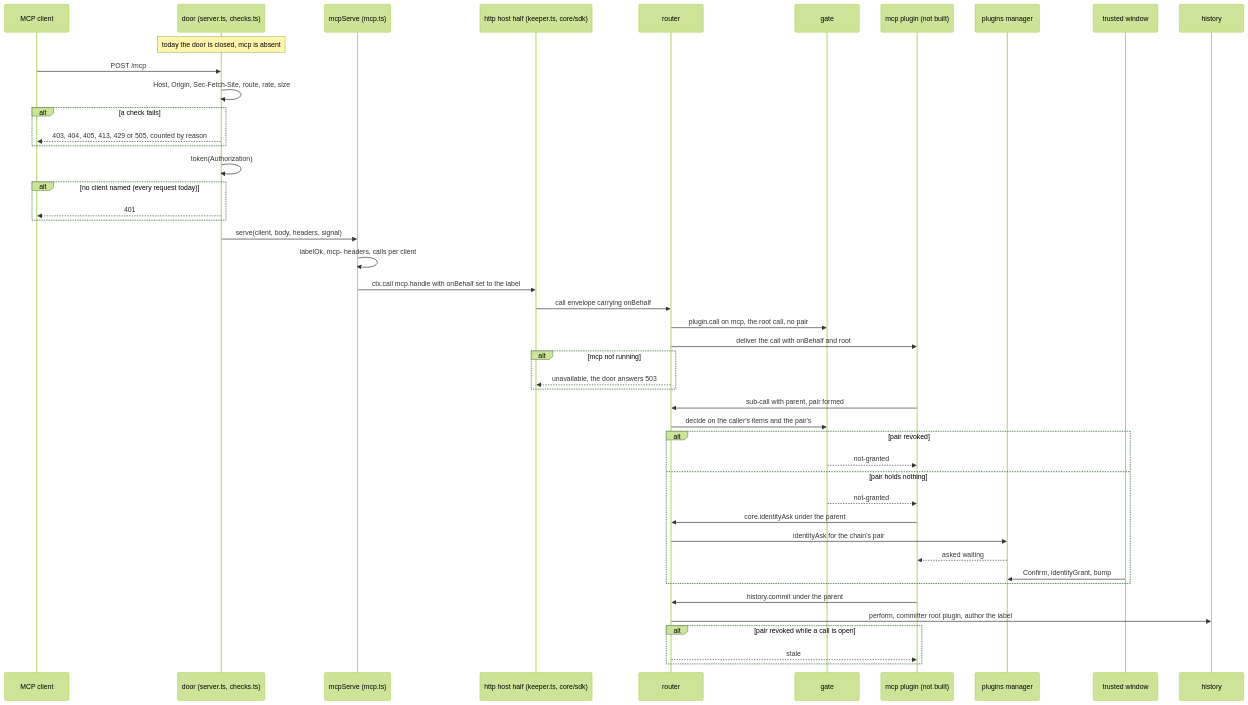
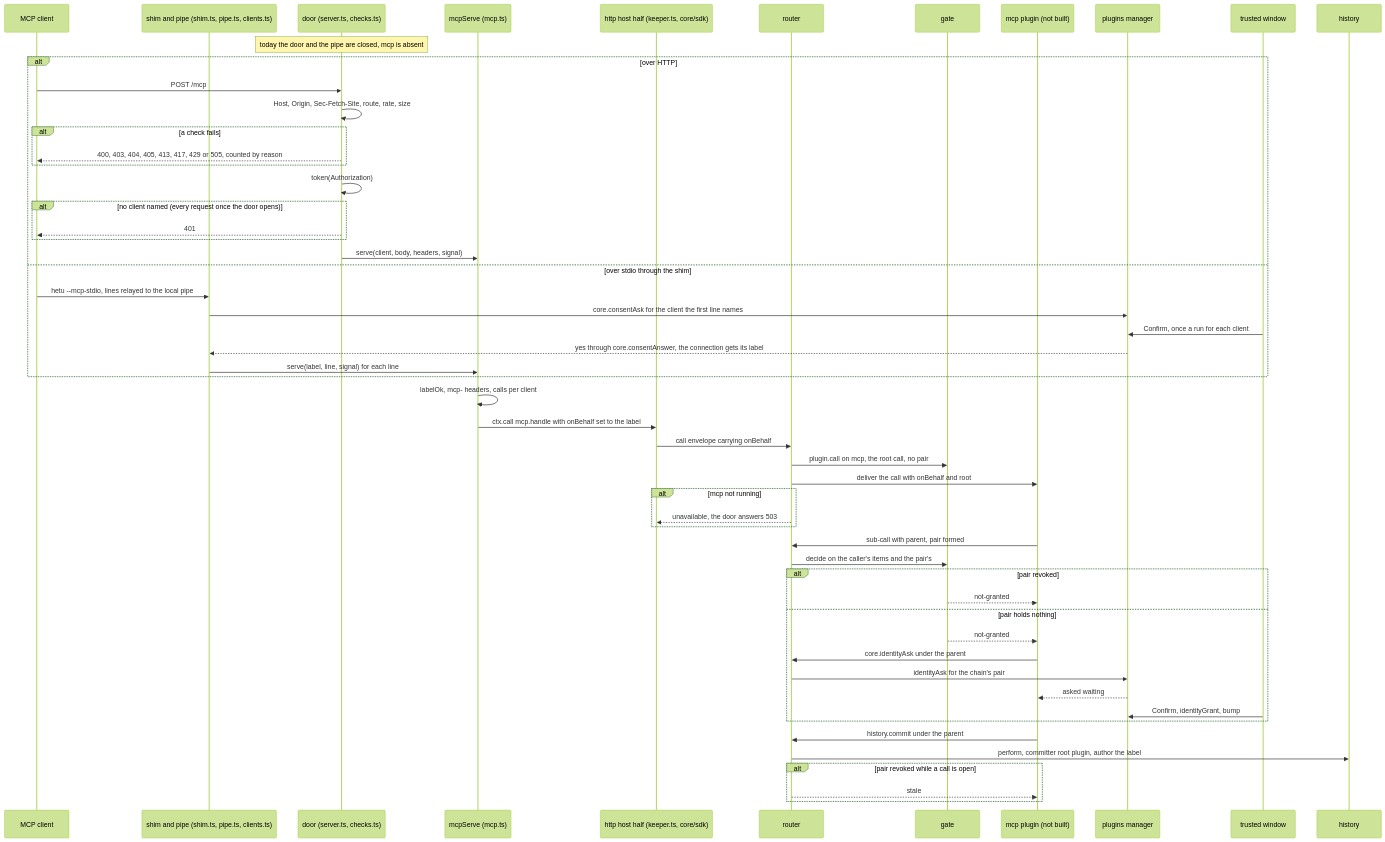
The fifth of 5 diagrams in docs/flows.md (QianChenTT/hetu), drawn with Mermaid (forest theme) before and after one commit. The commit also changed other lines of this file and 4 other files, not shown here.

First line of the commit message:
Bring the map, the five flows and the READMEs to main as the core build left it

````diff
--- a/docs/flows.md
+++ b/docs/flows.md
@@ -463,49 +473,58 @@
 ```mermaid
 sequenceDiagram
     participant C as MCP client
+    participant PI as shim and pipe (shim.ts, pipe.ts, clients.ts)
     participant DR as door (server.ts, checks.ts)
     participant MS as mcpServe (mcp.ts)
     participant HH as http host half (keeper.ts, core/sdk)
     participant RT as router
     participant G as gate
     participant MCP as mcp plugin (not built)
     participant PM as plugins manager
     participant TW as trusted window
     participant HI as history
 
-    Note over DR: today the door is closed, mcp is absent
-    C->>DR: POST /mcp
-    DR->>DR: Host, Origin, Sec-Fetch-Site, route, rate, size
-    alt a check fails
-        DR-->>C: 403, 404, 405, 413, 429 or 505, counted by reason
+    Note over DR: today the door and the pipe are closed, mcp is absent
+    alt over HTTP
+        C->>DR: POST /mcp
+        DR->>DR: Host, Origin, Sec-Fetch-Site, route, rate, size
+        alt a check fails
+            DR-->>C: 400, 403, 404, 405, 413, 417, 429 or 505, counted by reason
+        end
+        DR->>DR: token(Authorization)
+        alt no client named (every request once the door opens)
+            DR-->>C: 401
+        end
+        DR->>MS: serve(client, body, headers, signal)
+    else over stdio through the shim
+        C->>PI: hetu --mcp-stdio, lines relayed to the local pipe
+        PI->>PM: core.consentAsk for the client the first line names
+        TW->>PM: Confirm, once a run for each client
+        PM-->>PI: yes through core.consentAnswer, the connection gets its label
+        PI->>MS: serve(label, line, signal) for each line
     end
-    DR->>DR: token(Authorization)
-    alt no client named (every request today)
-        DR-->>C: 401
-    end
-    DR->>MS: serve(client, body, headers, signal)
     MS->>MS: labelOk, mcp- headers, calls per client
     MS->>HH: ctx.call mcp.handle with onBehalf set to the label
     HH->>RT: call envelope carrying onBehalf
     RT->>G: plugin.call on mcp, the root call, no pair
     RT->>MCP: deliver the call with onBehalf and root
     alt mcp not running
         RT-->>HH: unavailable, the door answers 503
     end
     MCP->>RT: sub-call with parent, pair formed
     RT->>G: decide on the caller's items and the pair's
     alt pair revoked
         G-->>MCP: not-granted
     else pair holds nothing
         G-->>MCP: not-granted
         MCP->>RT: core.identityAsk under the parent
         RT->>PM: identityAsk for the chain's pair
         PM-->>MCP: asked waiting
         TW->>PM: Confirm, identityGrant, bump
     end
     MCP->>RT: history.commit under the parent
     RT->>HI: perform, committer root plugin, author the label
     alt pair revoked while a call is open
         RT-->>MCP: stale
     end
 ```
````
